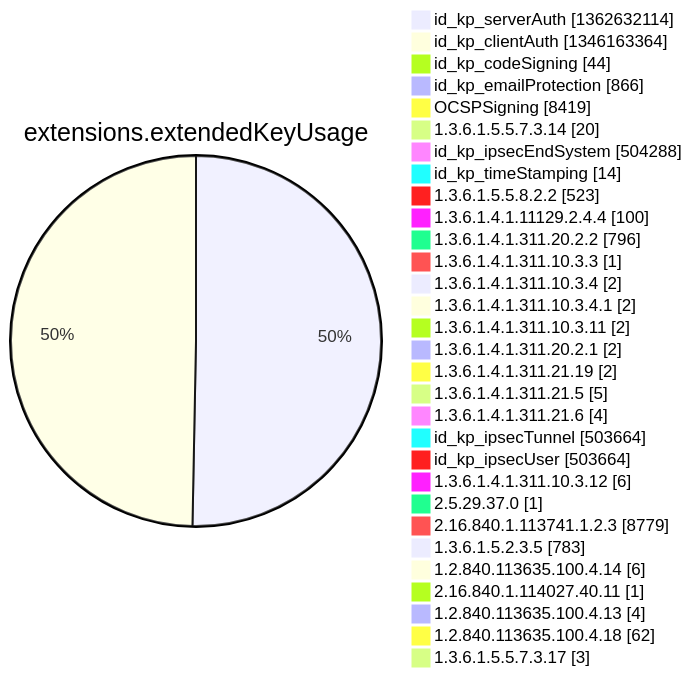
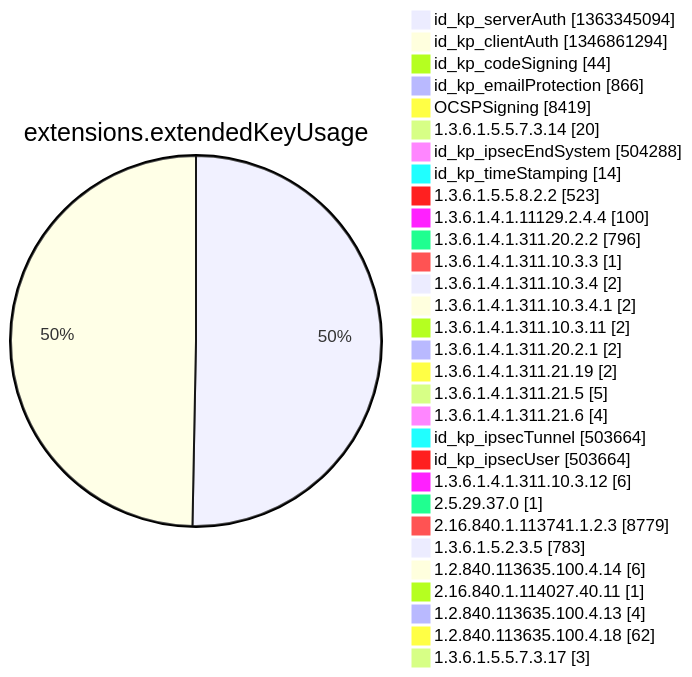
Diagram 12 of 15 in argon2022/README.md (christiankrug/ctmonitor_visualization), drawn with Mermaid before and after one commit. The commit also changed other lines of this file, not shown here.

````diff
--- a/argon2022/README.md
+++ b/argon2022/README.md
@@ -3553,34 +3553,34 @@
 ```mermaid
 pie showData
 title extensions.extendedKeyUsage
-"id_kp_serverAuth" :1362632114
-"id_kp_clientAuth" :1346163364
+"id_kp_serverAuth" :1363345094
+"id_kp_clientAuth" :1346861294
 "id_kp_codeSigning" :44
 "id_kp_emailProtection" :866
 "OCSPSigning" :8419
 "1.3.6.1.5.5.7.3.14" :20
 "id_kp_ipsecEndSystem" :504288
 "id_kp_timeStamping" :14
 "1.3.6.1.5.5.8.2.2" :523
 "1.3.6.1.4.1.11129.2.4.4" :100
 "1.3.6.1.4.1.311.20.2.2" :796
 "1.3.6.1.4.1.311.10.3.3" :1
 "1.3.6.1.4.1.311.10.3.4" :2
 "1.3.6.1.4.1.311.10.3.4.1" :2
 "1.3.6.1.4.1.311.10.3.11" :2
 "1.3.6.1.4.1.311.20.2.1" :2
 "1.3.6.1.4.1.311.21.19" :2
 "1.3.6.1.4.1.311.21.5" :5
 "1.3.6.1.4.1.311.21.6" :4
 "id_kp_ipsecTunnel" :503664
 "id_kp_ipsecUser" :503664
 "1.3.6.1.4.1.311.10.3.12" :6
 "2.5.29.37.0" :1
 "2.16.840.1.113741.1.2.3" :8779
 "1.3.6.1.5.2.3.5" :783
 "1.2.840.113635.100.4.14" :6
 "2.16.840.1.114027.40.11" :1
 "1.2.840.113635.100.4.13" :4
 "1.2.840.113635.100.4.18" :62
 "1.3.6.1.5.5.7.3.17" :3
 ```
````
